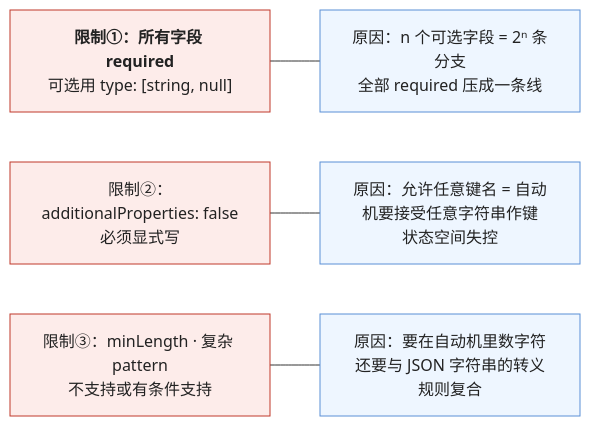
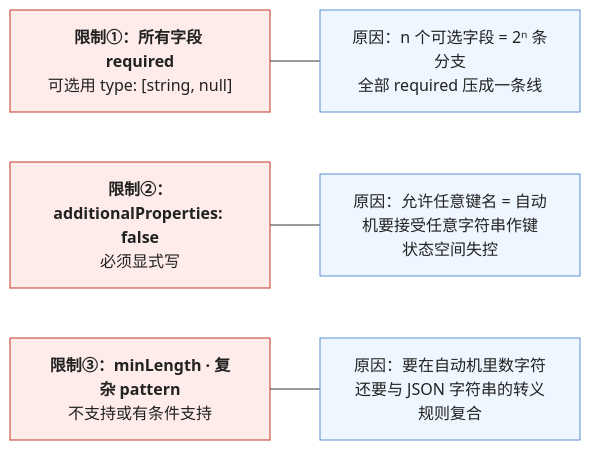
The second of 4 diagrams in _posts/2026-10-08-structured-output-constrained-decoding-and-schema-design.md (arganzheng/arganzheng.github.com), drawn with Mermaid before and after one commit. The commit also changed other lines of this file and 8 other files, not shown here.

````diff
--- a/_posts/2026-10-08-structured-output-constrained-decoding-and-schema-design.md
+++ b/_posts/2026-10-08-structured-output-constrained-decoding-and-schema-design.md
@@ -85,11 +93,11 @@
 ```mermaid
 %% 图：strict 模式三条限制背后的自动机原因——可选字段让状态数按 2 的字段数次方增长，所以要求全部 required；additionalProperties: true 意味着任意键名、状态空间失控，所以必须显式 false；minLength / 复杂 pattern 要在自动机里数字符并与 JSON 转义规则复合，实现成本高
 flowchart LR
     L1["<b>限制①：所有字段 required</b><br/>可选用 type: [string, null]"] --- R1["原因：n 个可选字段 = 2ⁿ 条分支<br/>全部 required 压成一条线"]
-    L2["限制②：additionalProperties: false<br/>必须显式写"] --- R2["原因：允许任意键名 = 自动机要接受任意字符串作键<br/>状态空间失控"]
-    L3["限制③：minLength · 复杂 pattern<br/>不支持或有条件支持"] --- R3["原因：要在自动机里数字符<br/>还要与 JSON 字符串的转义规则复合"]
+    L2["<b>限制②：additionalProperties: false</b><br/>必须显式写"] --- R2["原因：允许任意键名 = 自动机要接受任意字符串作键<br/>状态空间失控"]
+    L3["<b>限制③：minLength · 复杂 pattern</b><br/>不支持或有条件支持"] --- R3["原因：要在自动机里数字符<br/>还要与 JSON 字符串的转义规则复合"]
     classDef lim fill:#fdecea,stroke:#c0392b,color:#222
     classDef why fill:#eef6ff,stroke:#5b8fd6,color:#222
     class L1,L2,L3 lim
     class R1,R2,R3 why
 ```
````
